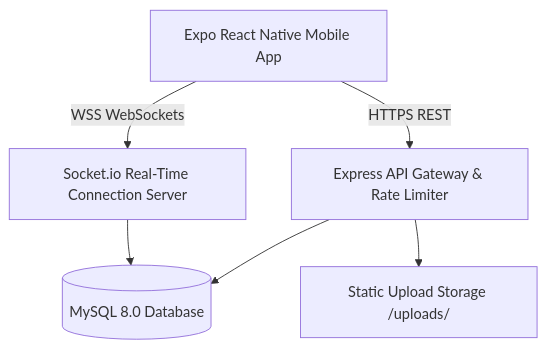
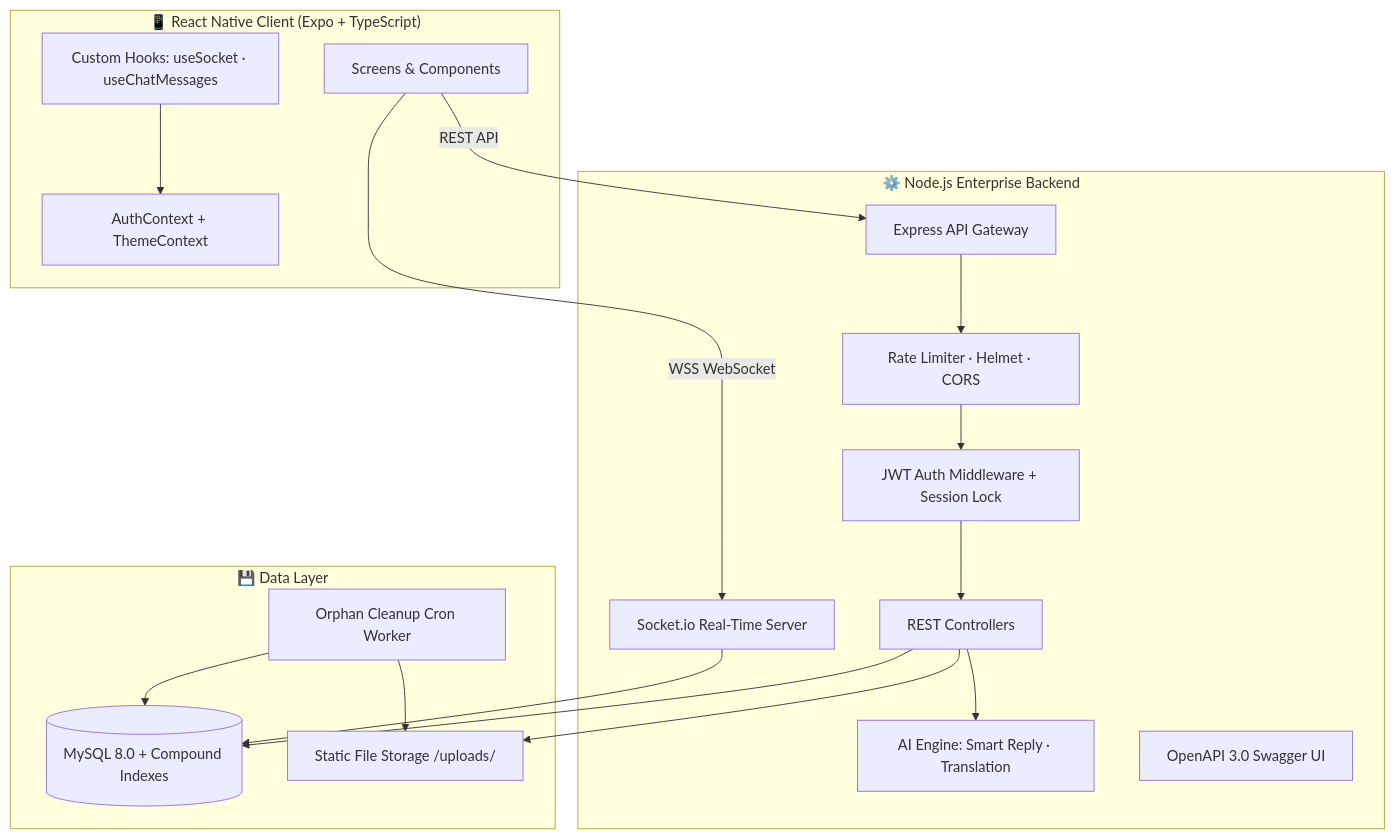
One commit to Dexel-Software-Solutions/VEXA-Realtime-Chat-App changed the first of 2 diagrams in README.md. Above: the diagram before and after it, drawn with Mermaid. The commit also changed other lines of this file, not shown here.

````diff
--- a/README.md
+++ b/README.md
@@ -42,14 +103,35 @@
 ```mermaid
 graph TD
-    Client[Expo React Native Mobile App]
-    LB[Express API Gateway & Rate Limiter]
-    WS[Socket.io Real-Time Connection Server]
-    DB[(MySQL 8.0 Database)]
-    Uploads[Static Upload Storage /uploads/]
+    subgraph Mobile["📱 React Native Client (Expo + TypeScript)"]
+        UI[Screens & Components]
+        Hooks[Custom Hooks: useSocket · useChatMessages]
+        AuthCtx[AuthContext + ThemeContext]
+    end
 
-    Client -->|HTTPS REST| LB
-    Client -->|WSS WebSockets| WS
-    LB --> DB
-    LB --> Uploads
-    WS --> DB
+    subgraph Backend["⚙️ Node.js Enterprise Backend"]
+        Gateway[Express API Gateway]
+        RateLimit[Rate Limiter · Helmet · CORS]
+        Auth[JWT Auth Middleware + Session Lock]
+        Controllers[REST Controllers]
+        SocketServer[Socket.io Real-Time Server]
+        AI[AI Engine: Smart Reply · Translation]
+        Swagger[OpenAPI 3.0 Swagger UI]
+    end
+
+    subgraph Data["💾 Data Layer"]
+        MySQL[(MySQL 8.0 + Compound Indexes)]
+        Uploads[Static File Storage /uploads/]
+        CronWorker[Orphan Cleanup Cron Worker]
+    end
+
+    UI -->|REST API| Gateway
+    UI -->|WSS WebSocket| SocketServer
+    Hooks --> AuthCtx
+    Gateway --> RateLimit --> Auth --> Controllers
+    Controllers --> MySQL
+    Controllers --> Uploads
+    Controllers --> AI
+    SocketServer --> MySQL
+    CronWorker --> Uploads
+    CronWorker --> MySQL
 ```
````
